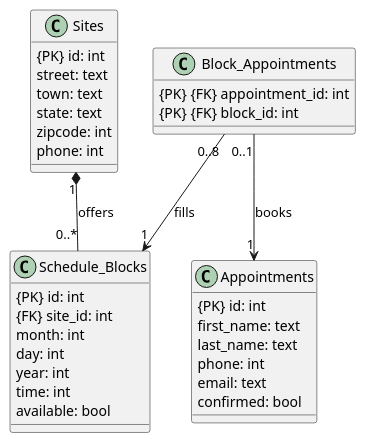
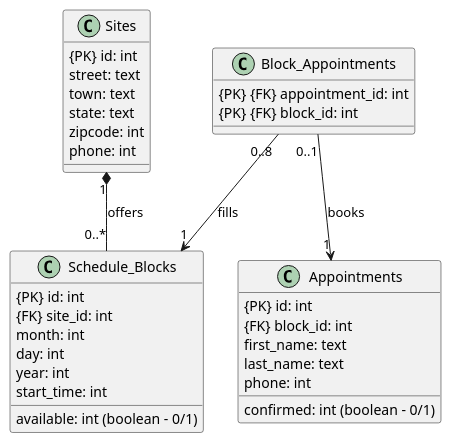
The diagram in documentation/entity_relationships/erd.puml (dscutt86/vita-ars), drawn with PlantUML before and after one commit. The commit also changed 11 other files, not shown here.

Commit message:
Updated ERD and began work on application framework.

```diff
--- a/documentation/entity_relationships/erd.puml
+++ b/documentation/entity_relationships/erd.puml
@@ -1,40 +1,40 @@
 @startuml
 
 class Sites {
   {PK} id: int
   street: text
   town: text
   state: text
   zipcode: int
   phone: int
 }
 
 class Schedule_Blocks {
   {PK} id: int
   {FK} site_id: int
   month: int
   day: int
   year: int
-  time: int
-  available: bool
+  start_time: int
+  available: int (boolean - 0/1)
 }
 
 class Block_Appointments {
   {PK} {FK} appointment_id: int
   {PK} {FK} block_id: int
 }
 
 class Appointments {
   {PK} id: int
+  {FK} block_id: int
   first_name: text
   last_name: text
   phone: int
-  email: text
-  confirmed: bool
+  confirmed: int (boolean - 0/1)
 }
 
 Sites "1" *-- "0..*" Schedule_Blocks : offers
 Block_Appointments "0..8" --> "1" Schedule_Blocks : fills
 Block_Appointments "0..1" --> "1" Appointments : books
 
 @enduml
```
